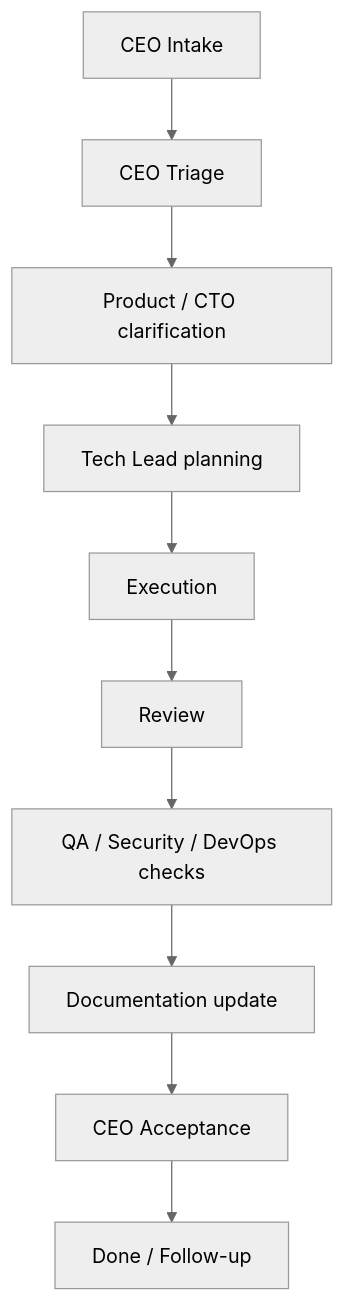
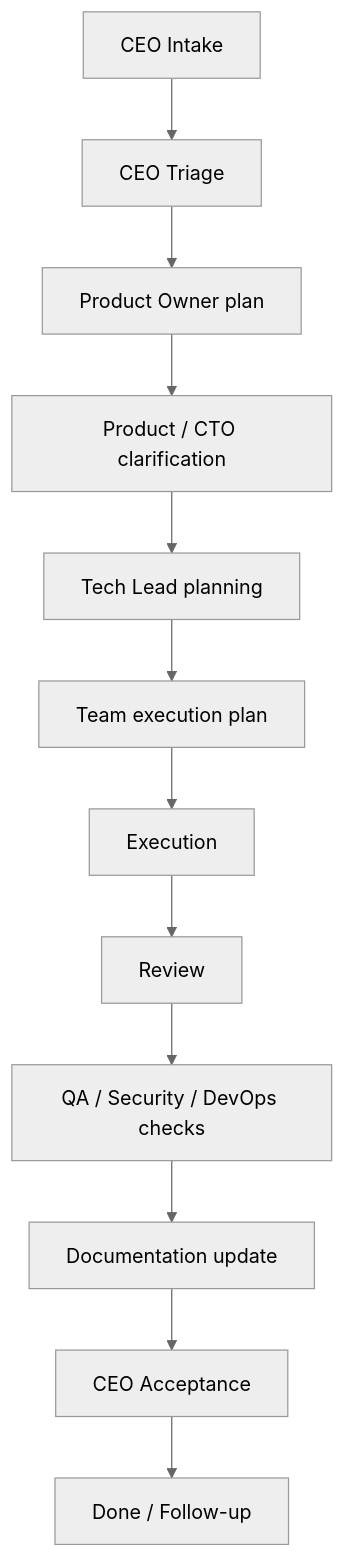
The diagram in 02-team/process/WORKFLOW.md (NDK-Games/docs), drawn with Mermaid (neutral theme) before and after one commit. The commit also changed other lines of this file and 10 other files, not shown here.

````diff
--- a/02-team/process/WORKFLOW.md
+++ b/02-team/process/WORKFLOW.md
@@ -11,12 +11,14 @@
 ```mermaid
 flowchart TD
     Intake["CEO Intake"] --> Triage["CEO Triage"]
-    Triage --> Product["Product / CTO clarification"]
+    Triage --> POPlan["Product Owner plan"]
+    POPlan --> Product["Product / CTO clarification"]
     Product --> Planning["Tech Lead planning"]
-    Planning --> Execution["Execution"]
+    Planning --> TeamPlan["Team execution plan"]
+    TeamPlan --> Execution["Execution"]
     Execution --> Review["Review"]
     Review --> QA["QA / Security / DevOps checks"]
     QA --> Docs["Documentation update"]
     Docs --> Acceptance["CEO Acceptance"]
     Acceptance --> Done["Done / Follow-up"]
 ```
````
